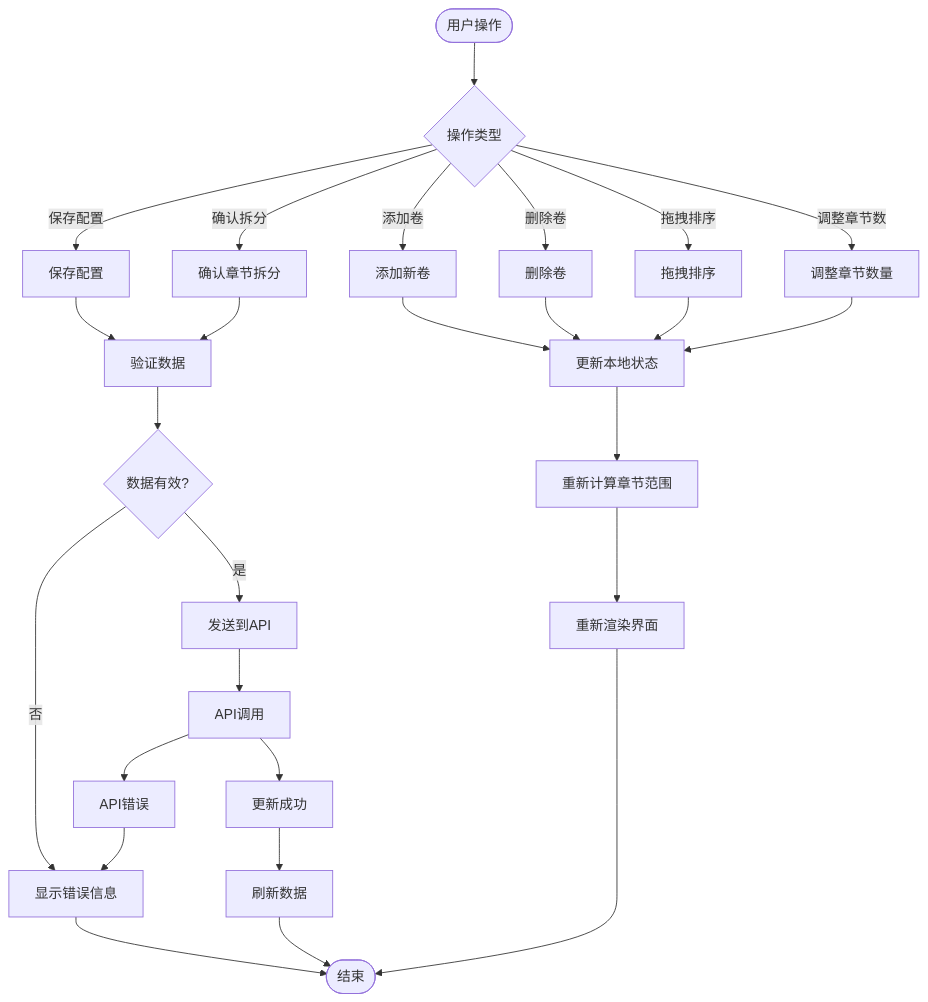
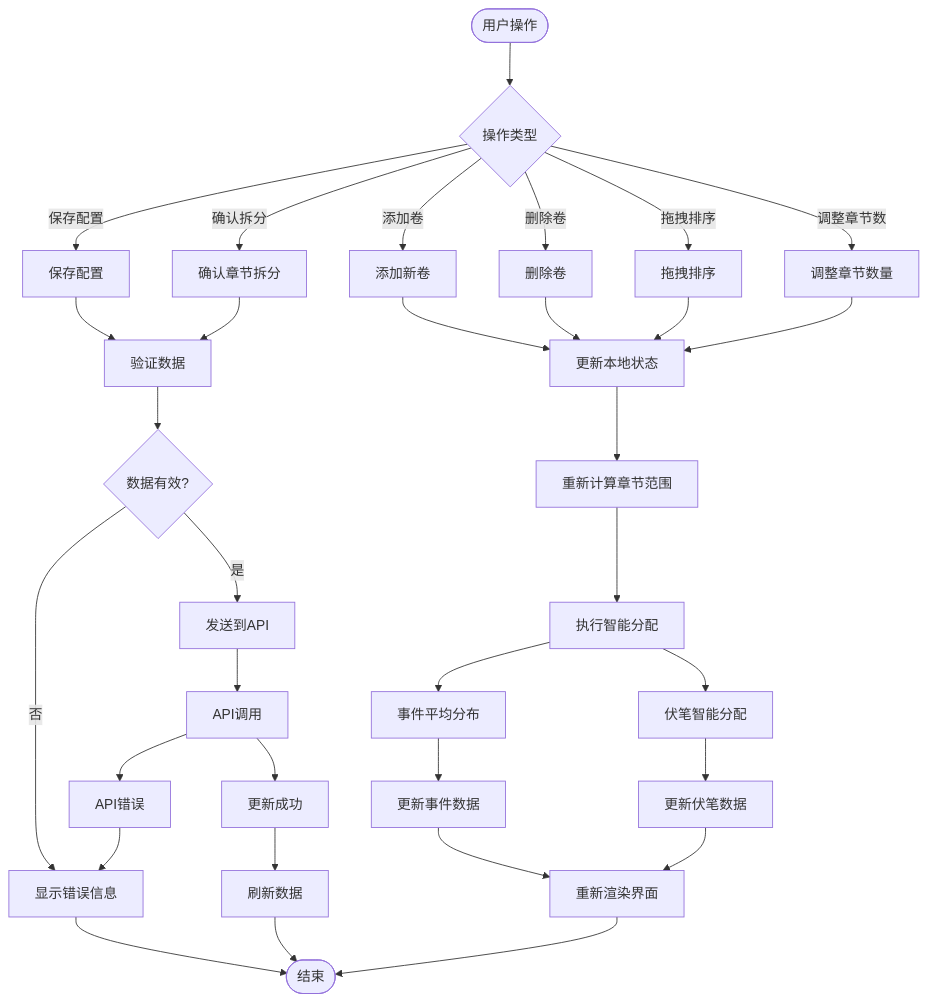
Before and after one commit to xfbyxq/ai-novel-system: the fourth of 9 diagrams in .qoder/repowiki/zh/content/Chapter Decomposition Tab.md, drawn with Mermaid. The commit also changed other lines of this file and 11 other files, not shown here.

````diff
--- a/.qoder/repowiki/zh/content/Chapter Decomposition Tab.md
+++ b/.qoder/repowiki/zh/content/Chapter Decomposition Tab.md
@@ -205,29 +230,35 @@
 ```mermaid
 flowchart TD
 Start([用户操作]) --> Action{操作类型}
 Action --> |添加卷| AddVolume[添加新卷]
 Action --> |删除卷| DeleteVolume[删除卷]
 Action --> |拖拽排序| DragSort[拖拽排序]
 Action --> |调整章节数| AdjustChapters[调整章节数量]
 Action --> |保存配置| SaveConfig[保存配置]
 Action --> |确认拆分| ConfirmDecomposition[确认章节拆分]
 AddVolume --> UpdateState[更新本地状态]
 DeleteVolume --> UpdateState
 DragSort --> UpdateState
 AdjustChapters --> UpdateState
 SaveConfig --> ValidateData[验证数据]
 ConfirmDecomposition --> ValidateData
 UpdateState --> Recalculate[重新计算章节范围]
-Recalculate --> RenderUI[重新渲染界面]
+Recalculate --> SmartDistribution[执行智能分配]
+SmartDistribution --> EventDistribution[事件平均分布]
+SmartDistribution --> ForeshadowingAllocation[伏笔智能分配]
+EventDistribution --> UpdateEvents[更新事件数据]
+ForeshadowingAllocation --> UpdateForeshadowing[更新伏笔数据]
+UpdateEvents --> RenderUI[重新渲染界面]
+UpdateForeshadowing --> RenderUI
 ValidateData --> Valid{数据有效?}
 Valid --> |是| SendToAPI[发送到API]
 Valid --> |否| ShowError[显示错误信息]
 SendToAPI --> APICall[API调用]
 APICall --> Success[更新成功]
 APICall --> Error[API错误]
 Success --> RefreshData[刷新数据]
 Error --> ShowError
 ShowError --> End([结束])
 RefreshData --> End
 RenderUI --> End
 ```
````
